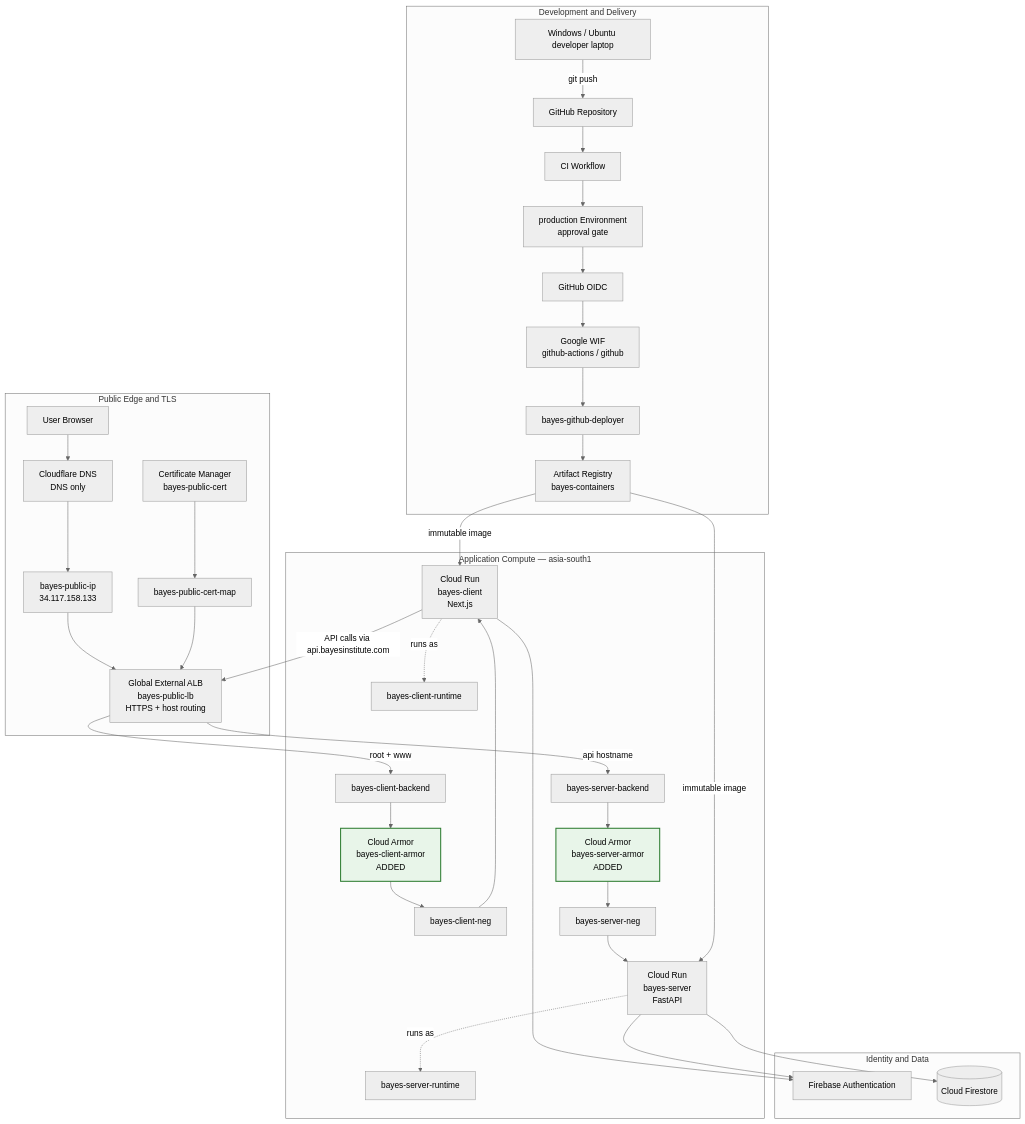
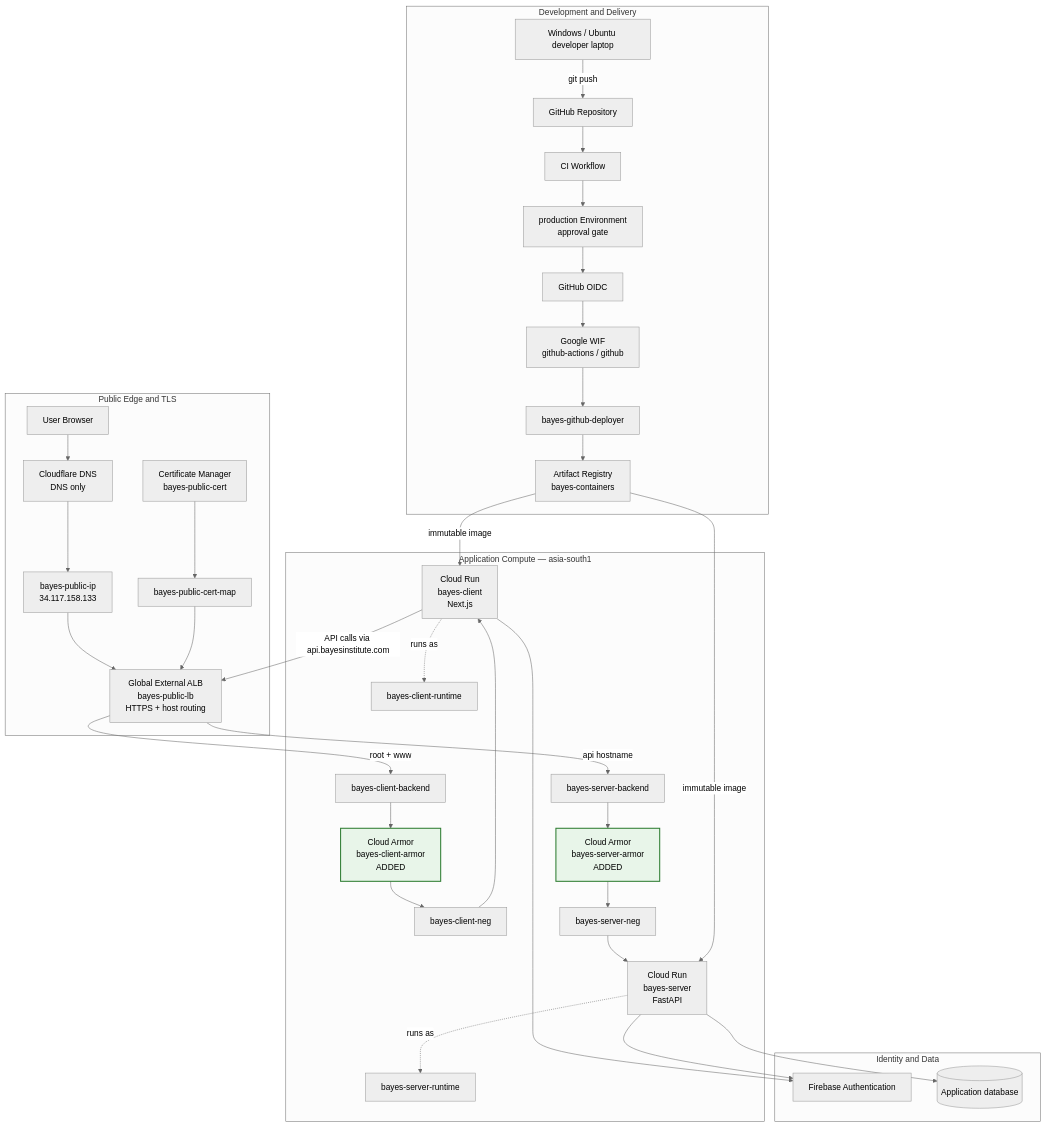
The tenth of 10 diagrams in planning/docs/01_bayes-cloud-architecture-and-machine-setup.md (bayes-institute/bayes-learning-platform), drawn with Mermaid (neutral theme) before and after one commit. The commit also changed other lines of this file and 12 other files, not shown here.

````diff
--- a/planning/docs/01_bayes-cloud-architecture-and-machine-setup.md
+++ b/planning/docs/01_bayes-cloud-architecture-and-machine-setup.md
@@ -936,64 +936,64 @@
 ```mermaid
 flowchart TD
     subgraph DEV[Development and Delivery]
         LAP[Windows / Ubuntu developer laptop]
         GH[GitHub Repository]
         CI[CI Workflow]
         PROD[production Environment<br/>approval gate]
         OIDC[GitHub OIDC]
         WIF[Google WIF<br/>github-actions / github]
         DEPLOYER[bayes-github-deployer]
         AR[Artifact Registry<br/>bayes-containers]
 
         LAP -->|git push| GH
         GH --> CI
         CI --> PROD
         PROD --> OIDC --> WIF --> DEPLOYER
         DEPLOYER --> AR
     end
 
     subgraph EDGE[Public Edge and TLS]
         BROWSER[User Browser]
         CFDNS[Cloudflare DNS<br/>DNS only]
         GIP[bayes-public-ip<br/>34.117.158.133]
         CERT[Certificate Manager<br/>bayes-public-cert]
         CMAP[bayes-public-cert-map]
         ALB[Global External ALB<br/>bayes-public-lb<br/>HTTPS + host routing]
 
         BROWSER --> CFDNS --> GIP --> ALB
         CERT --> CMAP --> ALB
     end
 
     subgraph COMPUTE[Application Compute — asia-south1]
         CBACK[bayes-client-backend]
         SBACK[bayes-server-backend]
         CARMOR[Cloud Armor<br/>bayes-client-armor<br/>ADDED]
         SARMOR[Cloud Armor<br/>bayes-server-armor<br/>ADDED]
         CNEG[bayes-client-neg]
         SNEG[bayes-server-neg]
         CLIENT[Cloud Run<br/>bayes-client<br/>Next.js]
         SERVER[Cloud Run<br/>bayes-server<br/>FastAPI]
         CRA[bayes-client-runtime]
         SRA[bayes-server-runtime]
 
         ALB -->|root + www| CBACK --> CARMOR --> CNEG --> CLIENT
         ALB -->|api hostname| SBACK --> SARMOR --> SNEG --> SERVER
         CLIENT -.runs as.-> CRA
         SERVER -.runs as.-> SRA
         AR -->|immutable image| CLIENT
         AR -->|immutable image| SERVER
     end
 
     subgraph DATA[Identity and Data]
         AUTH[Firebase Authentication]
-        FS[(Cloud Firestore)]
+        DB[(Application database)]
     end
 
     CLIENT --> AUTH
     CLIENT -->|API calls via api.bayesinstitute.com| ALB
     SERVER --> AUTH
-    SERVER --> FS
+    SERVER --> DB
 
     classDef added fill:#e8f5e9,stroke:#2e7d32,stroke-width:2px
     class CARMOR,SARMOR added
 ```
````
